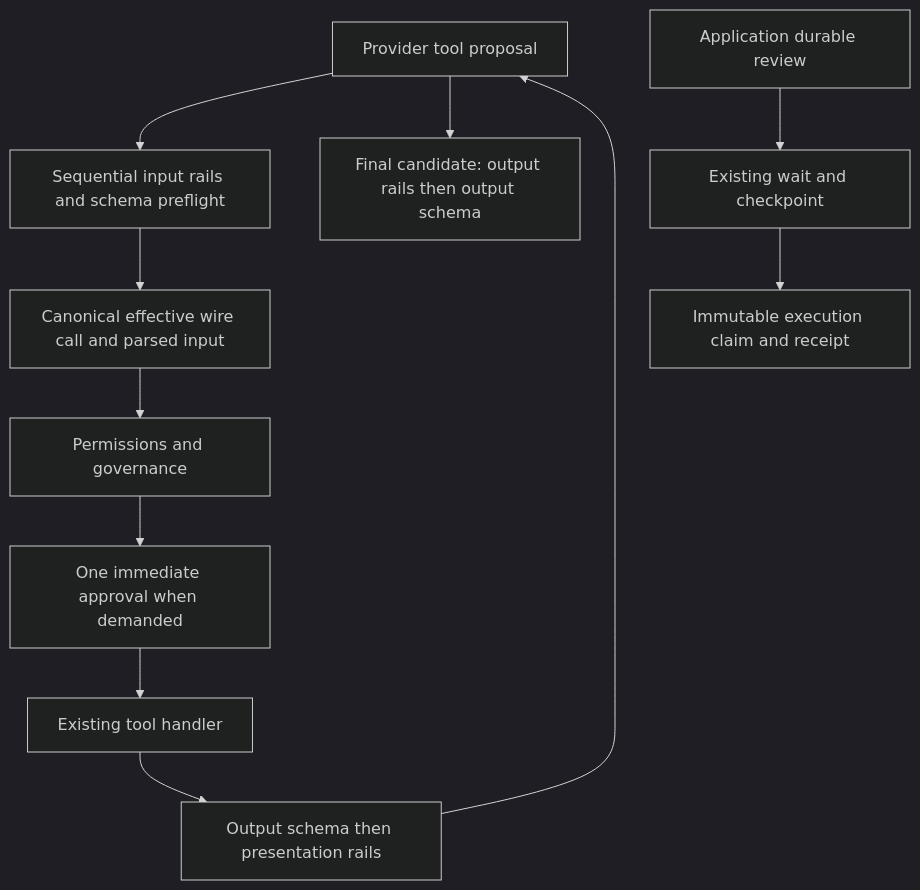
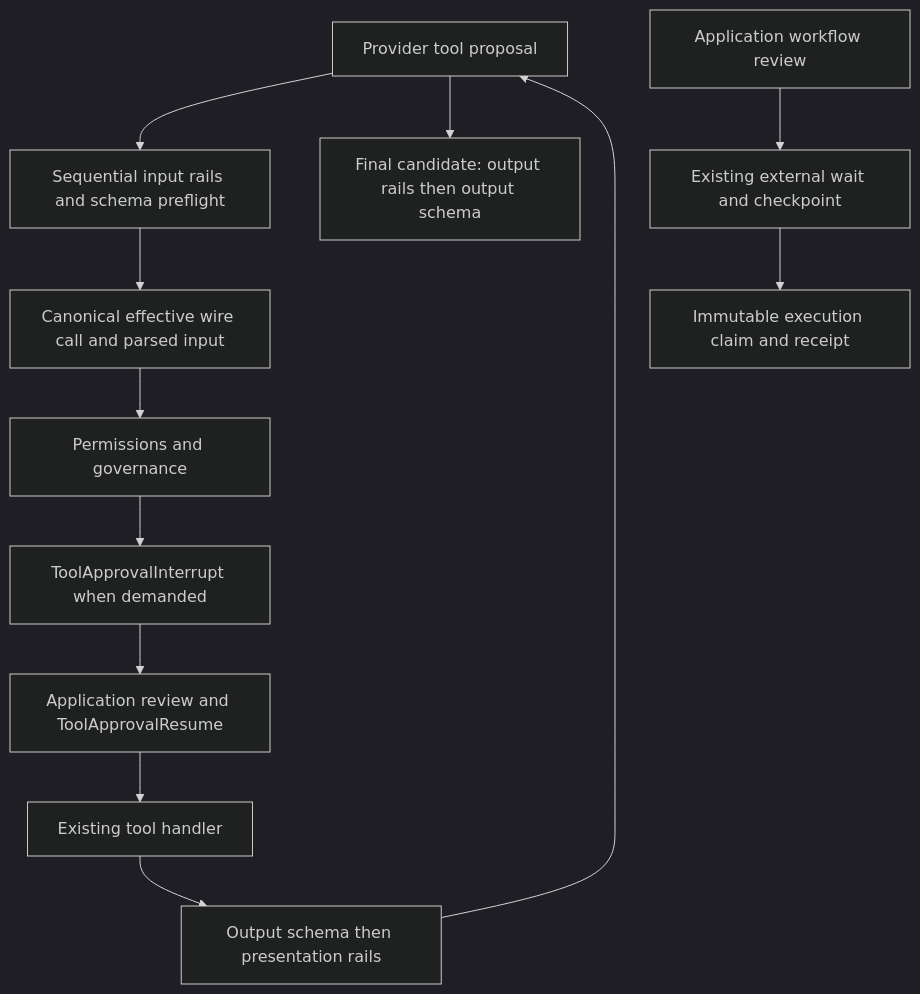
The diagram in specs/37-decision-boundaries/00-architecture-overview.md (puristajs/harness), drawn with Mermaid (dark theme) before and after one commit. The commit also changed other lines of this file and 38 other files, not shown here.

Commit message:
docs: align approval guidance with durable resumes

````diff
--- a/specs/37-decision-boundaries/00-architecture-overview.md
+++ b/specs/37-decision-boundaries/00-architecture-overview.md
@@ -5,13 +5,14 @@
 ```mermaid
 flowchart TD
   M[Provider tool proposal] --> P[Sequential input rails and schema preflight]
   P --> C[Canonical effective wire call and parsed input]
   C --> G[Permissions and governance]
-  G --> A[One immediate approval when demanded]
-  A --> H[Existing tool handler]
+  G --> A[ToolApprovalInterrupt when demanded]
+  A --> R[Application review and ToolApprovalResume]
+  R --> H[Existing tool handler]
   H --> O[Output schema then presentation rails]
   O --> M
   M --> F[Final candidate: output rails then output schema]
-  D[Application durable review] --> W[Existing wait and checkpoint]
+  D[Application workflow review] --> W[Existing external wait and checkpoint]
   W --> E[Immutable execution claim and receipt]
 ```
````
